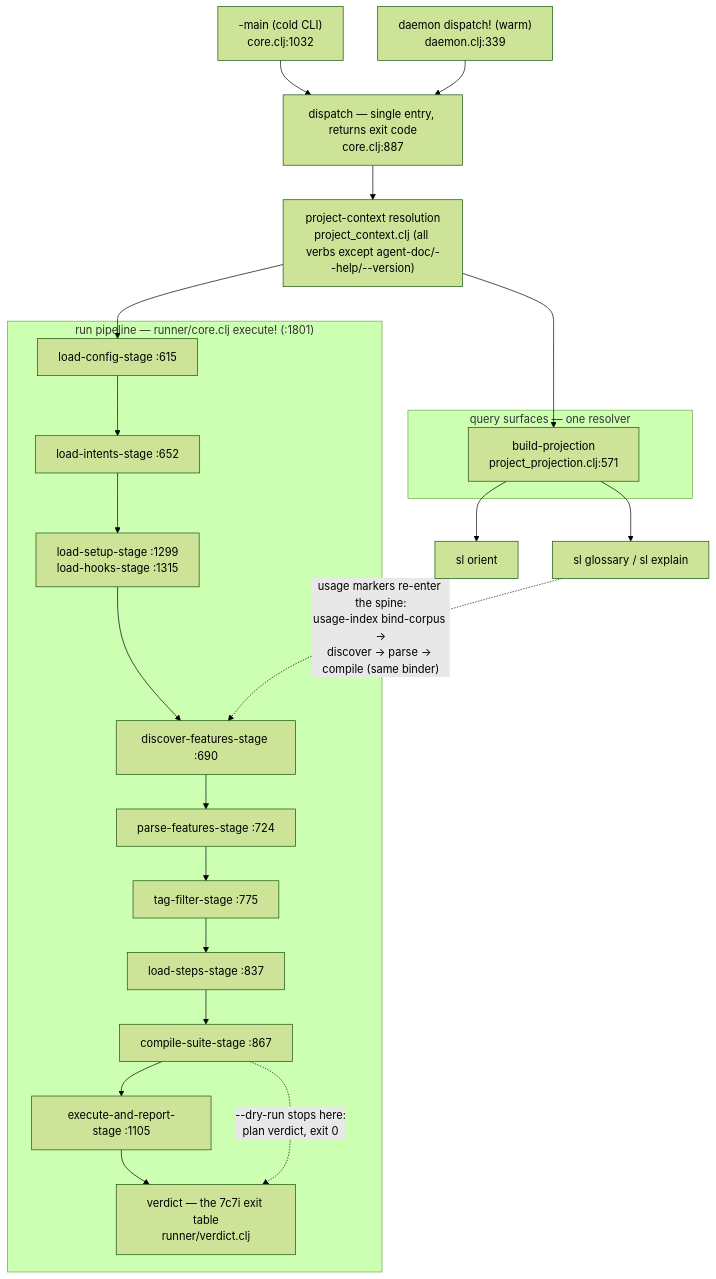
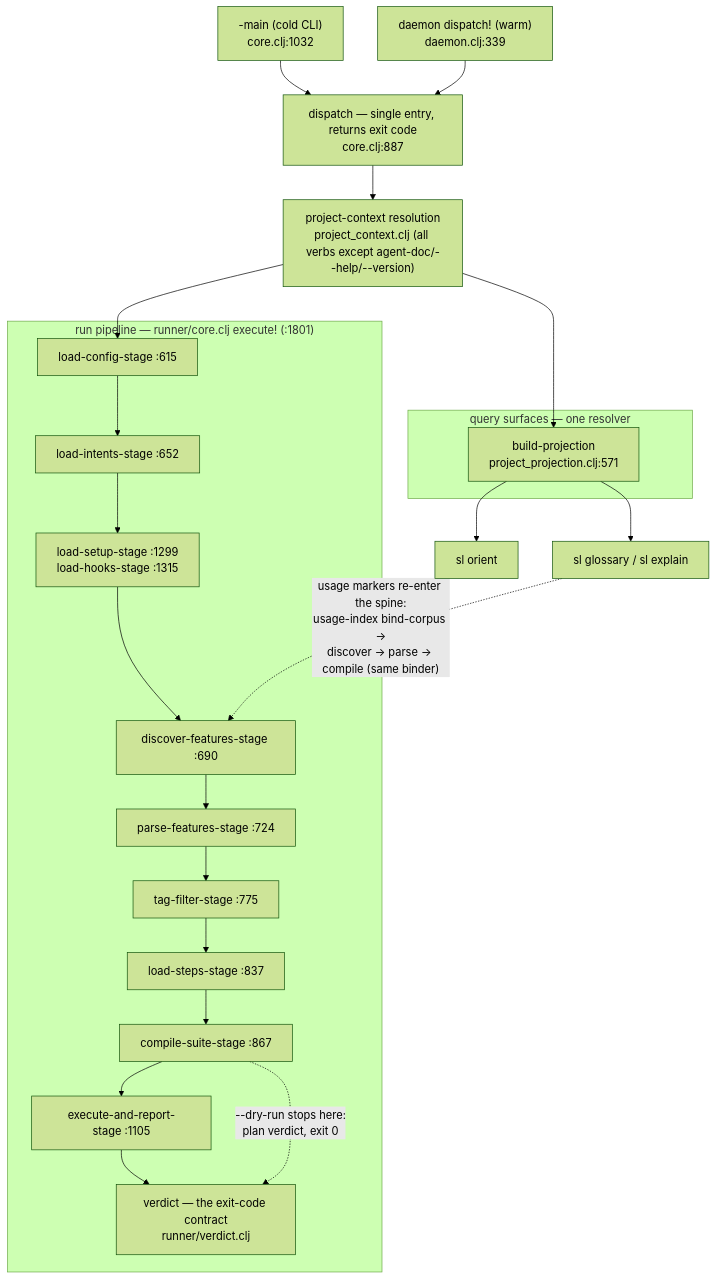
The diagram in docs/architecture/invocation-map.md (SHIFT-LEFTER/shiftlefter), drawn with Mermaid (forest theme) before and after one commit. The commit also changed other lines of this file and 127 other files, not shown here.

Commit message:
Release v0.5.6 - Never lie after the run: error-class contract, observation-carrying polls, generated architecture pages

````diff
--- a/docs/architecture/invocation-map.md
+++ b/docs/architecture/invocation-map.md
@@ -31,30 +33,30 @@
 ```mermaid
 graph TD
     MAIN["-main (cold CLI)<br/>core.clj:1032"] --> DISPATCH
     DAEMON["daemon dispatch! (warm)<br/>daemon.clj:339"] --> DISPATCH
     DISPATCH["dispatch — single entry, returns exit code<br/>core.clj:887"]
     DISPATCH --> PC["project-context resolution<br/>project_context.clj (all verbs except agent-doc/--help/--version)"]
 
     subgraph RUNP["run pipeline — runner/core.clj execute! (:1801)"]
         CONFIG["load-config-stage :615"] --> INTENTS["load-intents-stage :652"]
         INTENTS --> SETUPH["load-setup-stage :1299<br/>load-hooks-stage :1315"]
         SETUPH --> DISCOVER["discover-features-stage :690"]
         DISCOVER --> PARSE["parse-features-stage :724"]
         PARSE --> TAGF["tag-filter-stage :775"]
         TAGF --> STEPS["load-steps-stage :837"]
         STEPS --> COMPILE["compile-suite-stage :867"]
         COMPILE --> EXEC["execute-and-report-stage :1105"]
-        EXEC --> VERDICT["verdict — the 7c7i exit table<br/>runner/verdict.clj"]
+        EXEC --> VERDICT["verdict — the exit-code contract<br/>runner/verdict.clj"]
     end
 
     PC --> CONFIG
     COMPILE -. "--dry-run stops here:<br/>plan verdict, exit 0" .-> VERDICT
 
     subgraph QUERY["query surfaces — one resolver"]
         PROJ["build-projection<br/>project_projection.clj:571"]
     end
     PC --> PROJ
     PROJ --> ORIENT["sl orient"]
     PROJ --> GLOSS["sl glossary / sl explain"]
     GLOSS -. "usage markers re-enter the spine:<br/>usage-index bind-corpus →<br/>discover → parse → compile (same binder)" .-> DISCOVER
 ```
````
